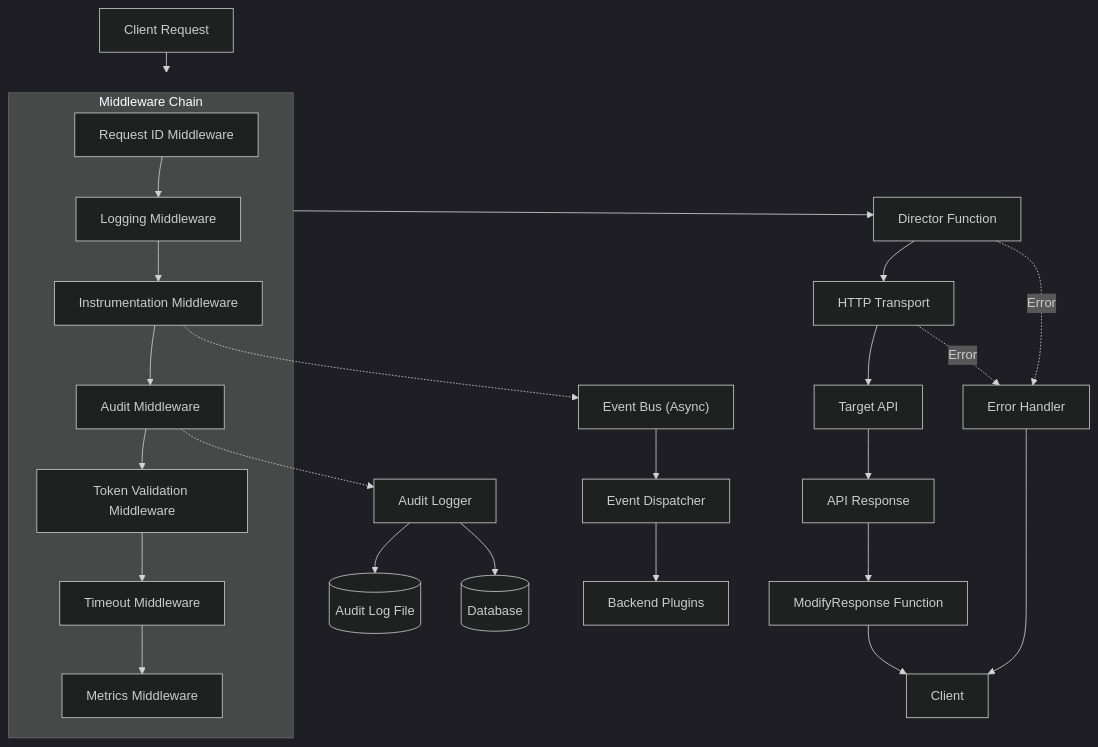
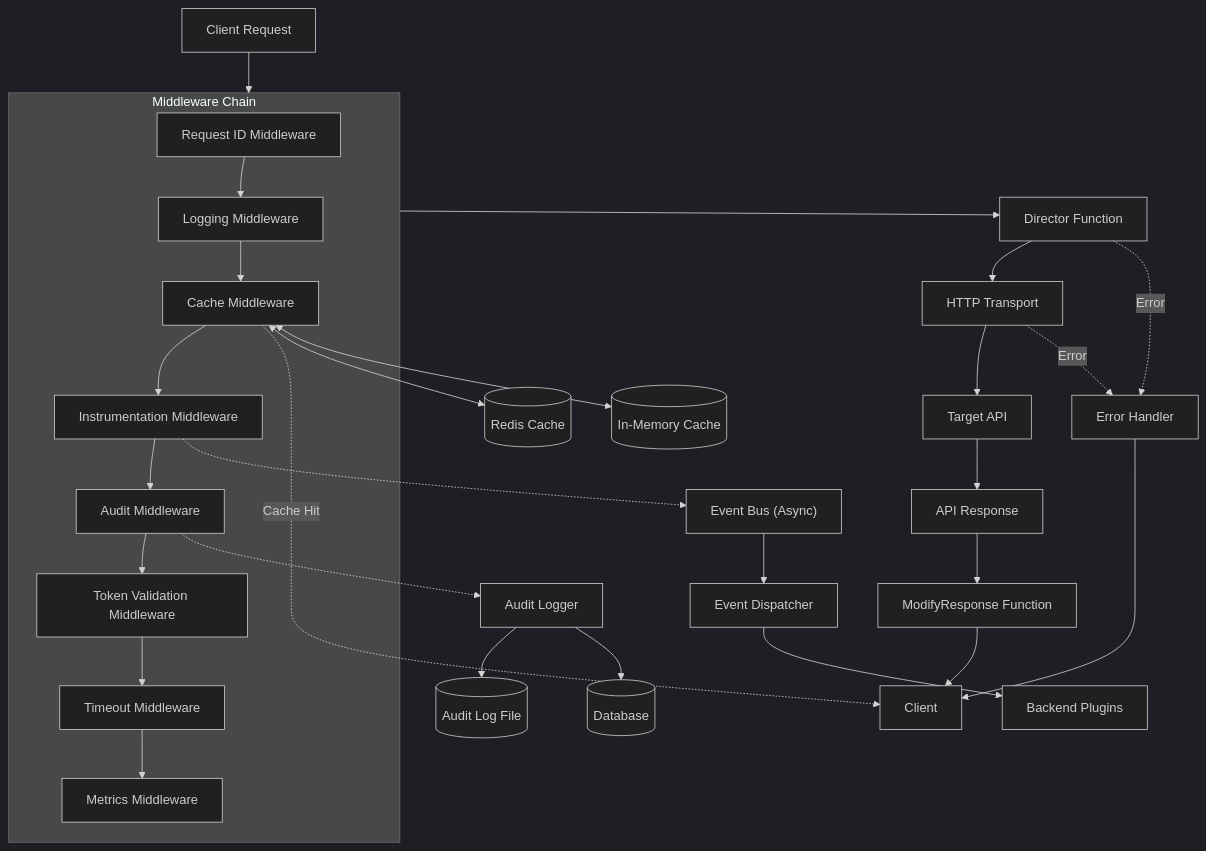
Before and after one commit to sofatutor/llm-proxy: the second of 10 diagrams in docs/architecture.md, drawn with Mermaid (dark theme). The commit also changed other lines of this file and 3 other files, not shown here.

Commit message:
docs: update architecture.md, api-configuration.md, cli-reference.md, and instrumentation.md with caching documentation

````diff
--- a/docs/architecture.md
+++ b/docs/architecture.md
@@ -79,28 +83,33 @@
 ```mermaid
 flowchart TD
     Request["Client Request"] --> Middleware
     
     subgraph Middleware["Middleware Chain"]
         RequestID["Request ID Middleware"] --> Logging["Logging Middleware"]
-        Logging --> Instrumentation["Instrumentation Middleware"]
+        Logging --> Cache["Cache Middleware"]
+        Cache --> Instrumentation["Instrumentation Middleware"]
         Instrumentation --> Audit["Audit Middleware"]
         Audit --> Validation["Token Validation Middleware"] 
         Validation --> Timeout["Timeout Middleware"]
         Timeout --> Metrics["Metrics Middleware"]
     end
     
     Middleware --> Director["Director Function"] --> Transport["HTTP Transport"] --> TargetAPI["Target API"]
     TargetAPI --> Response["API Response"] --> ModifyResponse["ModifyResponse Function"] --> Client["Client"]
+    
+    Cache -.-> |"Cache Hit"| Client
+    Cache <--> RedisCache[("Redis Cache")]
+    Cache <--> InMemoryCache[("In-Memory Cache")]
     
     Instrumentation -.-> EventBus["Event Bus (Async)"]
     EventBus --> EventDispatcher["Event Dispatcher"]
     EventDispatcher --> Plugins["Backend Plugins"]
     
     Audit -.-> AuditLogger["Audit Logger"]
     AuditLogger --> AuditFile[("Audit Log File")]
     AuditLogger --> AuditDB[("Database")]
     
     ErrorHandler["Error Handler"] --> Client
     Director -.-> |"Error"| ErrorHandler
     Transport -.-> |"Error"| ErrorHandler
 ```
````
